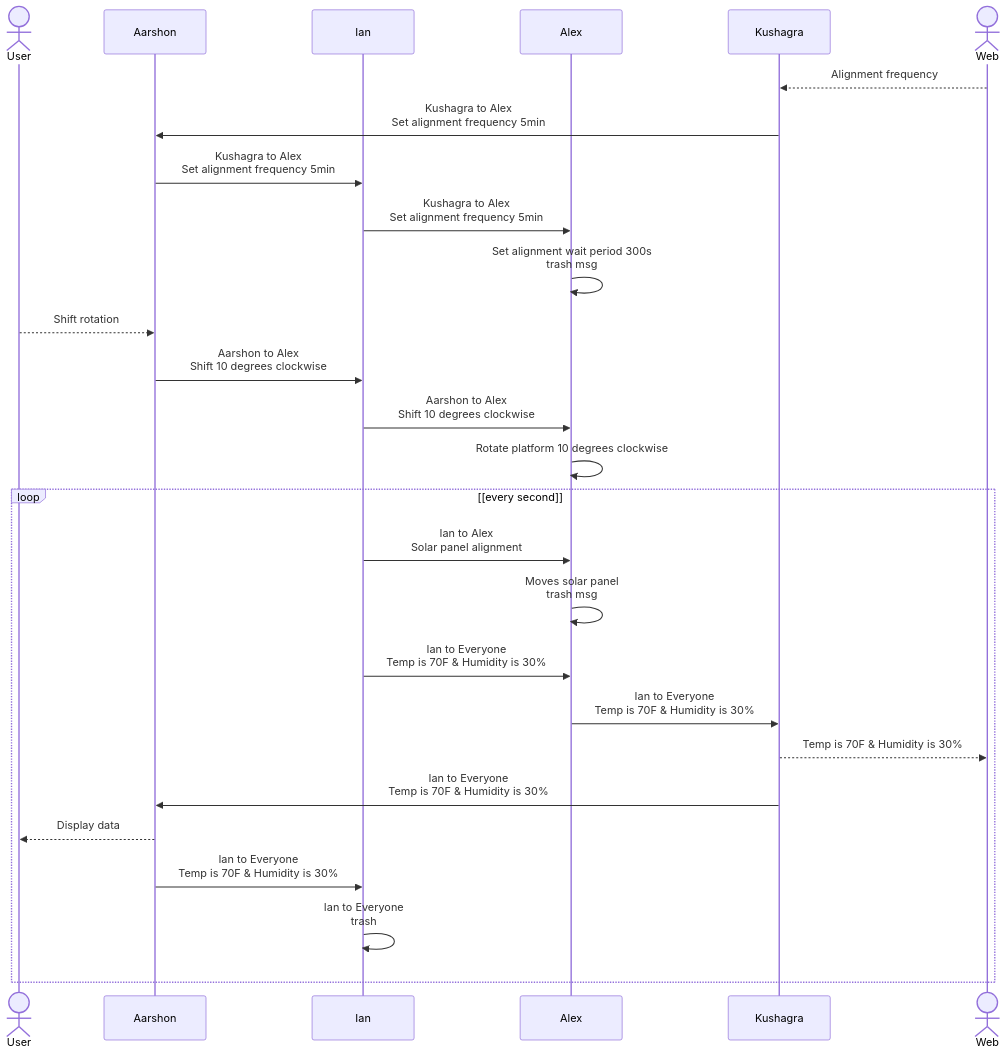
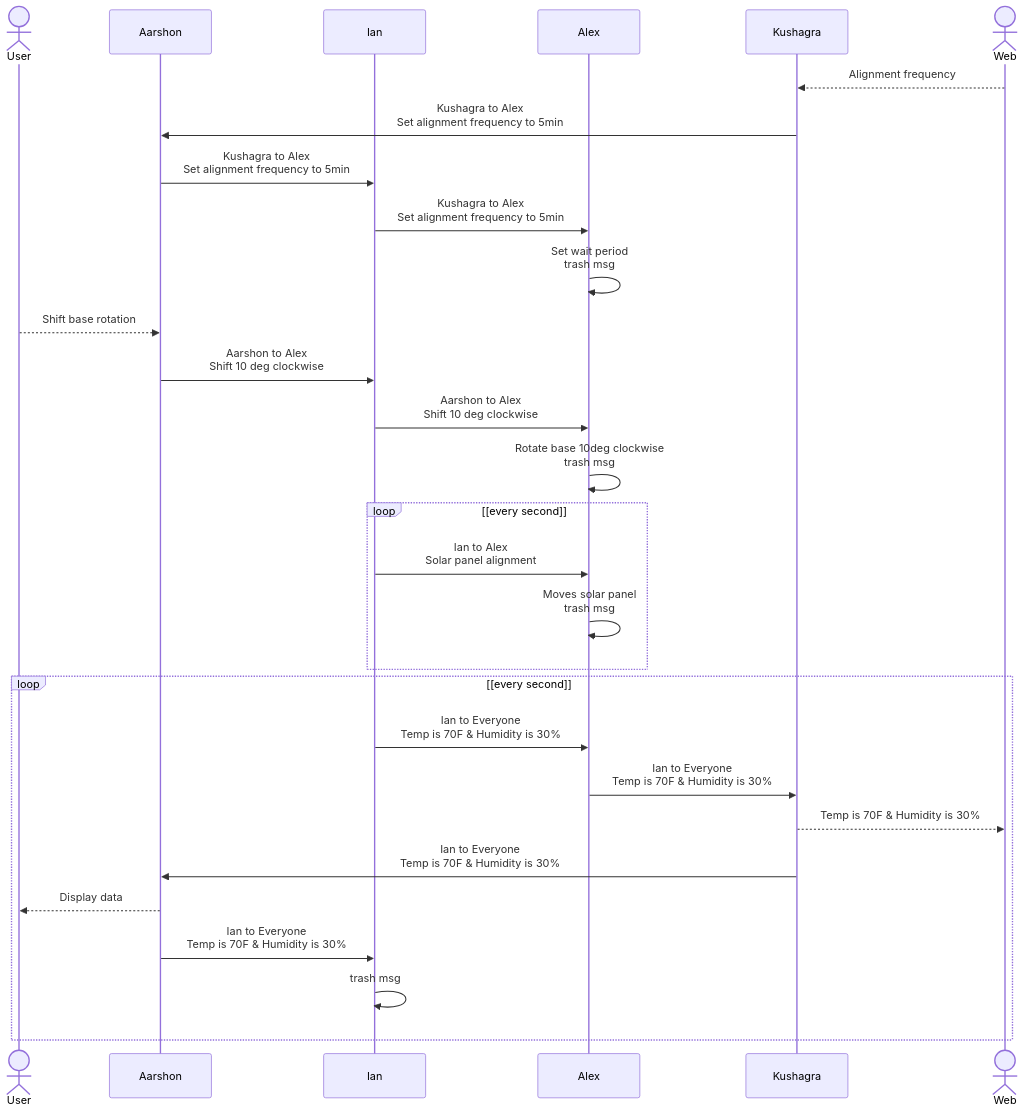
Before and after one commit to EGR314-2025-S-306/EGR314-Team306: the diagram in docs/block.md, drawn with Mermaid. The commit also changed other lines of this file, not shown here.

````diff
--- a/docs/block.md
+++ b/docs/block.md
@@ -11,29 +11,31 @@
 ``` mermaid
 sequenceDiagram
     actor u as User
     participant a as Aarshon
     participant i as Ian
     participant c as Alex
     participant k as Kushagra
     actor w as Web
     w-->>k: Alignment frequency
-    k->>a: Kushagra to Alex<br>Set alignment frequency 5min
-    a->>i: Kushagra to Alex<br>Set alignment frequency 5min
-    i->>c: Kushagra to Alex<br>Set alignment frequency 5min
-    c->>c: Set alignment wait period 300s<br>trash msg
-    u-->>a: Shift rotation
-    a->>i: Aarshon to Alex<br>Shift 10 degrees clockwise
-    i->>c: Aarshon to Alex<br>Shift 10 degrees clockwise
-    c->>c: Rotate platform 10 degrees clockwise
+    k->>a: Kushagra to Alex<br>Set alignment frequency to 5min
+    a->>i: Kushagra to Alex<br>Set alignment frequency to 5min
+    i->>c: Kushagra to Alex<br>Set alignment frequency to 5min
+    c->>c: Set wait period<br>trash msg
+    u-->>a: Shift base rotation
+    a->>i: Aarshon to Alex<br>Shift 10 deg clockwise
+    i->>c: Aarshon to Alex<br>Shift 10 deg clockwise
+    c->>c: Rotate base 10deg clockwise<br>trash msg
     loop [every second]
         i->>c: Ian to Alex<br>Solar panel alignment
         c->>c: Moves solar panel<br>trash msg
+    end
+    loop [every second]
         i->>c: Ian to Everyone<br>Temp is 70F & Humidity is 30%
         c->>k: Ian to Everyone<br>Temp is 70F & Humidity is 30%
         k-->>w: Temp is 70F & Humidity is 30%
         k->>a: Ian to Everyone<br>Temp is 70F & Humidity is 30%
         a-->>u: Display data
         a->>i: Ian to Everyone<br>Temp is 70F & Humidity is 30%
-        i->>i: Ian to Everyone<br>trash
+        i->>i: trash msg
     end
 ```
````
